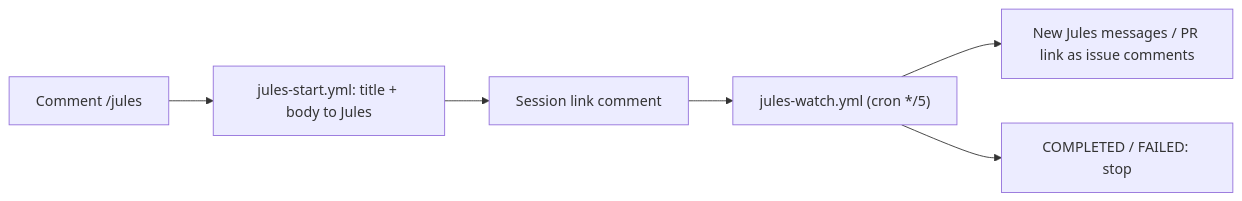
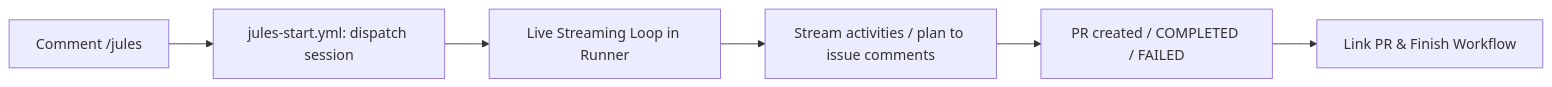
One commit to suitably/LocalGameGalaxy changed the diagram in docs/workflows/jules-pipeline-workflow.md. Above: the diagram before and after it, drawn with Mermaid. The commit also changed other lines of this file and 13 other files, not shown here.

Commit message:
feat(ci): switch Jules to active live streaming pipeline and streamline release triggers

````diff
--- a/docs/workflows/jules-pipeline-workflow.md
+++ b/docs/workflows/jules-pipeline-workflow.md
@@ -14,8 +14,8 @@
 ```mermaid
 flowchart LR
-  A["Comment /jules"] --> B["jules-start.yml: title + body to Jules"]
-  B --> C["Session link comment"]
-  C --> D["jules-watch.yml (cron */5)"]
-  D --> E["New Jules messages / PR link as issue comments"]
-  D --> F["COMPLETED / FAILED: stop"]
+  A["Comment /jules"] --> B["jules-start.yml: dispatch session"]
+  B --> C["Live Streaming Loop in Runner"]
+  C --> D["Stream activities / plan to issue comments"]
+  D --> E["PR created / COMPLETED / FAILED"]
+  E --> F["Link PR & Finish Workflow"]
 ```
````
